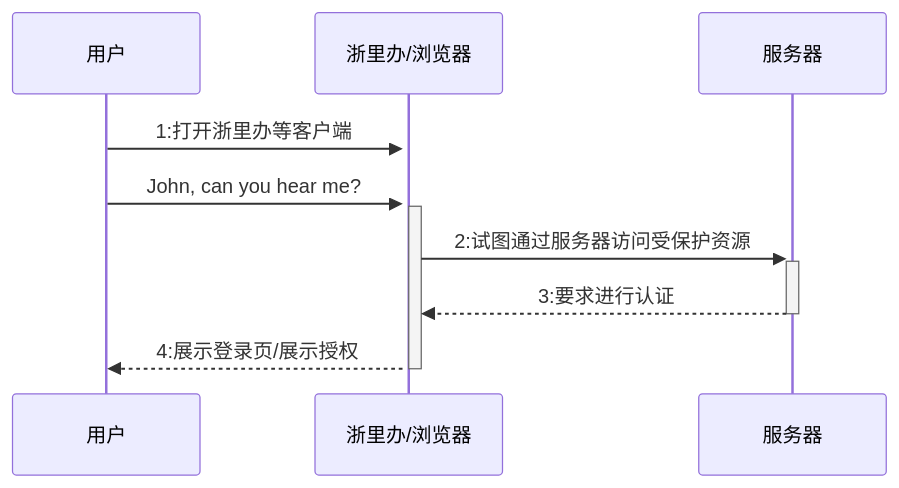
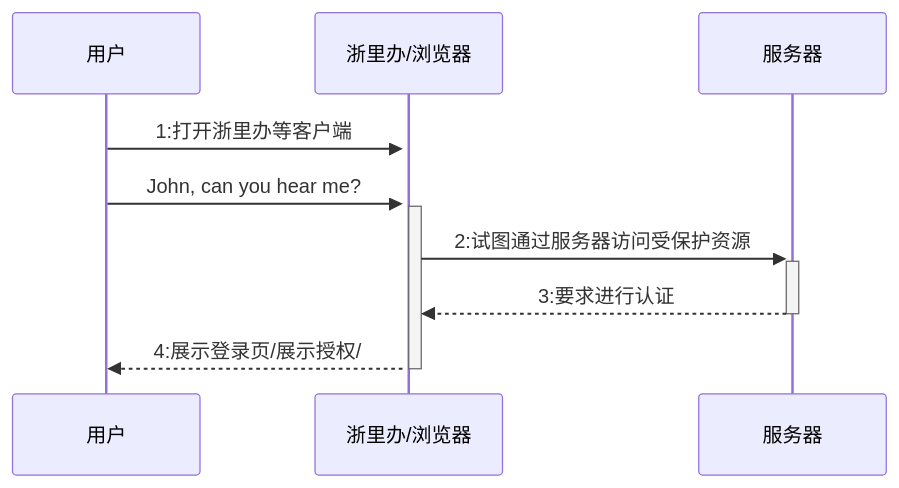
The diagram in all/居民端时序图.md (fifuntop/iodraw-files), drawn with Mermaid before and after one commit.

Commit message:
2024-03-14 14:54:31 update

````diff
--- a/all/居民端时序图.md
+++ b/all/居民端时序图.md
@@ -1,9 +1,9 @@
 ```mermaid
 sequenceDiagram
     用户->>+浙里办/浏览器: 1:打开浙里办等客户端
     用户->>+浙里办/浏览器: John, can you hear me?
     浙里办/浏览器->>+服务器: 2:试图通过服务器访问受保护资源
     服务器-->>-浙里办/浏览器: 3:要求进行认证
-    浙里办/浏览器-->>-用户: 4:展示登录页/展示授权
+    浙里办/浏览器-->>-用户: 4:展示登录页/展示授权/
             
 ```
````
